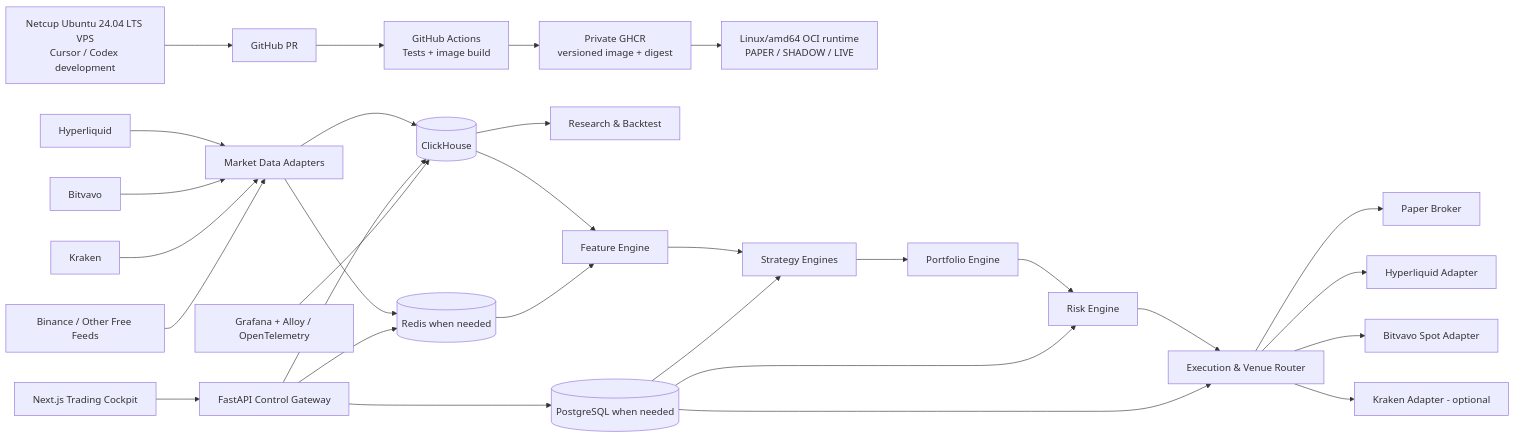
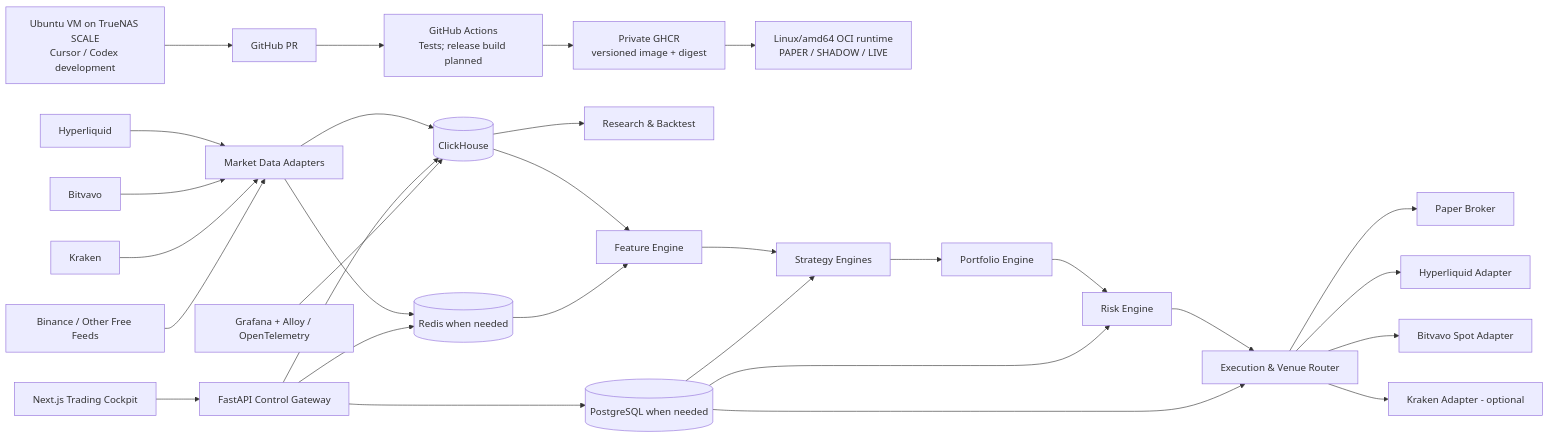
Before and after one commit to daffieeee-arch/Hyperliquid-Bot: the first of 3 diagrams in docs/ARCHITECTURE.md, drawn with Mermaid. The commit also changed other lines of this file and 22 other files, not shown here.

First line of the commit message:
Establish GitHub Free delivery controls and Ubuntu VM development baseline (#152)

````diff
--- a/docs/ARCHITECTURE.md
+++ b/docs/ARCHITECTURE.md
@@ -19,38 +21,38 @@
 ```mermaid
 flowchart LR
-    DEV[Netcup Ubuntu 24.04 LTS VPS\nCursor / Codex development] --> GH[GitHub PR]
-    GH --> CI[GitHub Actions\nTests + image build]
+    DEV[Ubuntu VM on TrueNAS SCALE\nCursor / Codex development] --> GH[GitHub PR]
+    GH --> CI[GitHub Actions\nTests; release build planned]
     CI --> REG[Private GHCR\nversioned image + digest]
     REG --> RT[Linux/amd64 OCI runtime\nPAPER / SHADOW / LIVE]
 
     HL[Hyperliquid] --> MD[Market Data Adapters]
     BV[Bitvavo] --> MD
     KR[Kraken] --> MD
     BN[Binance / Other Free Feeds] --> MD
     MD --> CH[(ClickHouse)]
     MD --> R[(Redis when needed)]
 
     CH --> Q[Research & Backtest]
     CH --> F[Feature Engine]
     R --> F
     F --> S[Strategy Engines]
     S --> P[Portfolio Engine]
     P --> K[Risk Engine]
     K --> VR[Execution & Venue Router]
 
     VR --> PB[Paper Broker]
     VR --> HE[Hyperliquid Adapter]
     VR --> BE[Bitvavo Spot Adapter]
     VR --> KE[Kraken Adapter - optional]
 
     PG[(PostgreSQL when needed)] --> S
     PG --> K
     PG --> VR
 
     UI[Next.js Trading Cockpit] --> API[FastAPI Control Gateway]
     API --> PG
     API --> R
     API --> CH
 
     O[Grafana + Alloy / OpenTelemetry] --> CH
 ```
````
